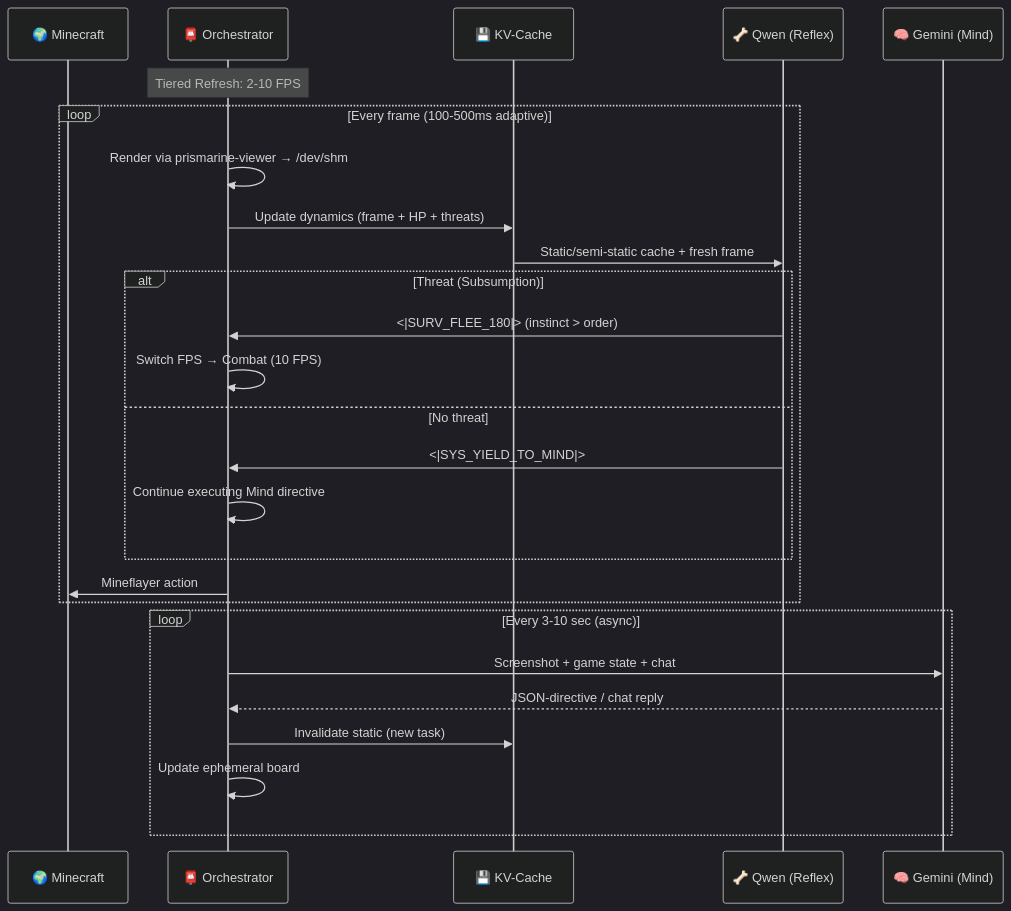
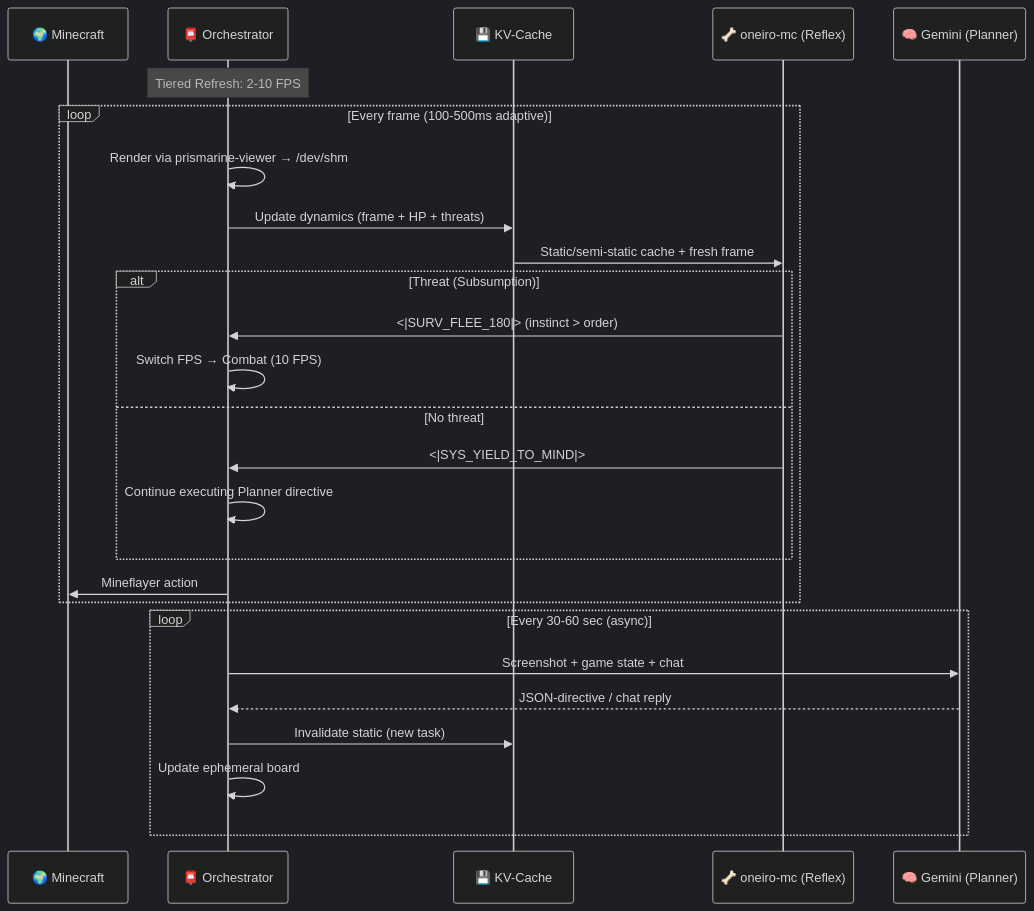
The second of 2 diagrams in docs/architecture.md (celestislab/Clotho), drawn with Mermaid (dark theme) before and after one commit. The commit also changed other lines of this file and 3 other files, not shown here.

First line of the commit message:
architecture: flip model roles — Gemma=reflex, Gemini=planner

````diff
--- a/docs/architecture.md
+++ b/docs/architecture.md
@@ -545,31 +555,31 @@
 ```mermaid
 sequenceDiagram
     participant W as 🌍 Minecraft
     participant O as 📮 Orchestrator
     participant KV as 💾 KV-Cache
-    participant Q as 🦴 Qwen (Reflex)
-    participant G as 🧠 Gemini (Mind)
+    participant R as 🦴 oneiro-mc (Reflex)
+    participant G as 🧠 Gemini (Planner)
 
     Note over O: Tiered Refresh: 2-10 FPS
 
     loop Every frame (100-500ms adaptive)
         O->>O: Render via prismarine-viewer → /dev/shm
         O->>KV: Update dynamics (frame + HP + threats)
-        KV->>Q: Static/semi-static cache + fresh frame
+        KV->>R: Static/semi-static cache + fresh frame
         alt Threat (Subsumption)
-            Q->>O: <|SURV_FLEE_180|> (instinct > order)
+            R->>O: <|SURV_FLEE_180|> (instinct > order)
             O->>O: Switch FPS → Combat (10 FPS)
         else No threat
-            Q->>O: <|SYS_YIELD_TO_MIND|>
-            O->>O: Continue executing Mind directive
+            R->>O: <|SYS_YIELD_TO_MIND|>
+            O->>O: Continue executing Planner directive
         end
         O->>W: Mineflayer action
     end
 
-    loop Every 3-10 sec (async)
+    loop Every 30-60 sec (async)
         O->>G: Screenshot + game state + chat
         G-->>O: JSON-directive / chat reply
         O->>KV: Invalidate static (new task)
         O->>O: Update ephemeral board
     end
 ```
````
